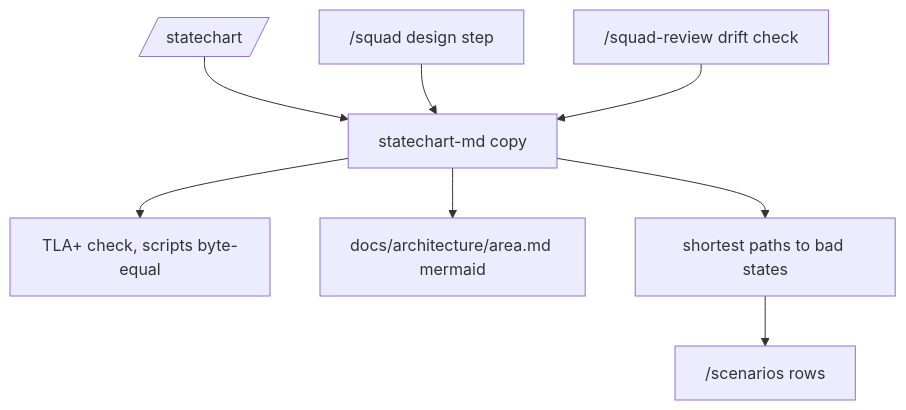
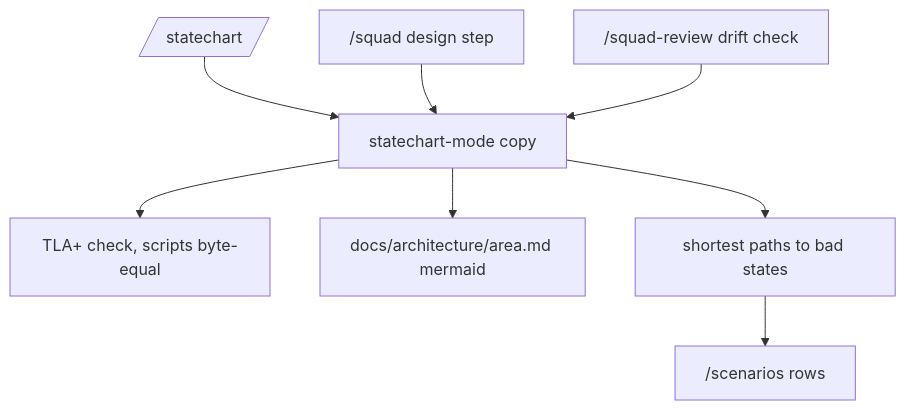
Before and after one commit to svennijhuis/agentPacks: the fifth of 6 diagrams in docs/pbi/squad/FLOWS.md, drawn with Mermaid. The commit also changed other lines of this file and 27 other files, not shown here.

Commit message:
docs(pbi/squad): hubs renamed to poteto style -mode (squad-mode, pack-author-mode, pack-check-mode, statechart-mode, scenarios-mode, security-audit-mode); old -md dirs move with pointer until GA07; today paths keep main names

````diff
--- a/docs/pbi/squad/FLOWS.md
+++ b/docs/pbi/squad/FLOWS.md
@@ -165,9 +165,9 @@
 ```mermaid
 flowchart TD
-  C1[/statechart/] --> S[statechart-md copy]
+  C1[/statechart/] --> S[statechart-mode copy]
   C2["/squad design step"] --> S
   C3["/squad-review drift check"] --> S
   S --> TLA[TLA+ check, scripts byte-equal]
   S --> D[docs/architecture/area.md mermaid]
   S --> SP[shortest paths to bad states] --> SCN["/scenarios rows"]
 ```
````
